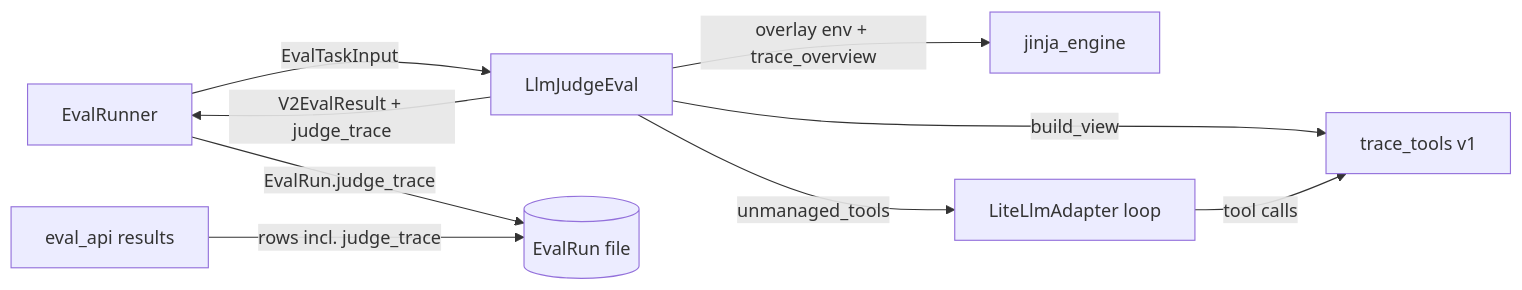
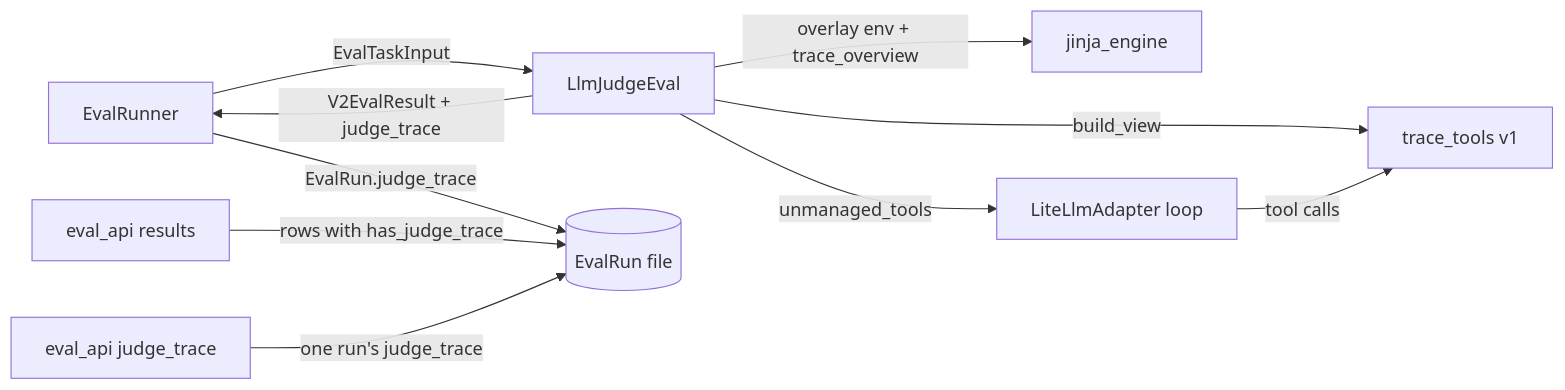
Before and after one commit to Kiln-AI/Kiln: the diagram in specs/projects/agentic_eval/architecture.md, drawn with Mermaid. The commit also changed other lines of this file and 5 other files, not shown here.

First line of the commit message:
chore: remove the unused judge trace dialog and update agentic eval specs

````diff
--- a/specs/projects/agentic_eval/architecture.md
+++ b/specs/projects/agentic_eval/architecture.md
@@ -73,11 +73,12 @@
 ```mermaid
 flowchart LR
   Runner[EvalRunner] -->|EvalTaskInput| Judge[LlmJudgeEval]
   Judge -->|build_view| Toolset[trace_tools v1]
   Judge -->|overlay env + trace_overview| Jinja[jinja_engine]
   Judge -->|unmanaged_tools| Adapter[LiteLlmAdapter loop]
   Adapter -->|tool calls| Toolset
   Judge -->|V2EvalResult + judge_trace| Runner
   Runner -->|EvalRun.judge_trace| Disk[(EvalRun file)]
-  API[eval_api results] -->|rows incl. judge_trace| Disk
+  API[eval_api results] -->|rows with has_judge_trace| Disk
+  TraceAPI[eval_api judge_trace] -->|one run's judge_trace| Disk
 ```
````
